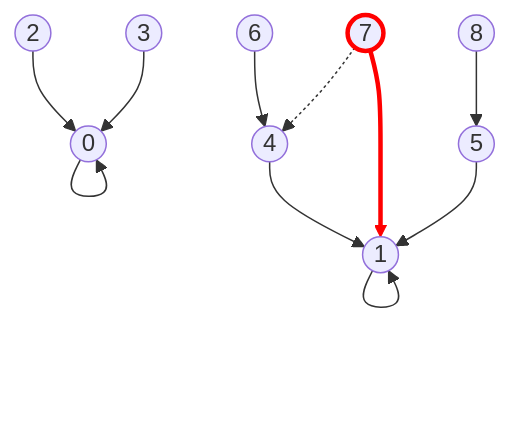
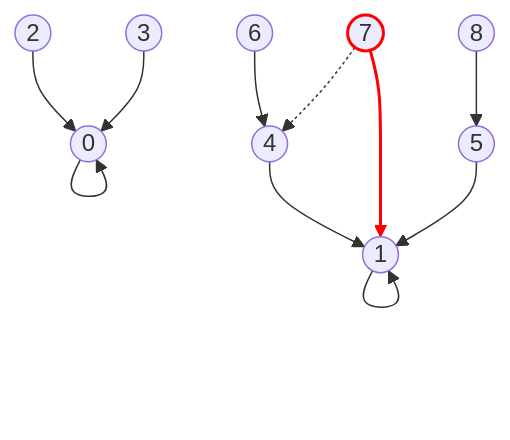
The tenth of 20 diagrams in Disjoint Set.md (mrfish233/notes), drawn with Mermaid before and after one commit. The commit also changed other lines of this file, not shown here.

````diff
--- a/Disjoint Set.md
+++ b/Disjoint Set.md
@@ -335,23 +331,23 @@
 ```mermaid
 graph TB
 0((0))
 1((1))
 2((2))
 3((3))
 4((4))
 5((5))
 6((6))
 7((7))
 8((8))
 
 0 & 2 & 3 --> 0
 1 --> 1
 4 & 5 --> 1
 6 --> 4
 7 -.-> 4
 8 --> 5
 7 --> 1
 
-style 7 stroke:#f00, stroke-width:3px;
-linkStyle 9 stroke:#f00, stroke-width:3px;
+style 7 stroke:#f00, stroke-width:2px;
+linkStyle 9 stroke:#f00, stroke-width:2px;
 ```
````
